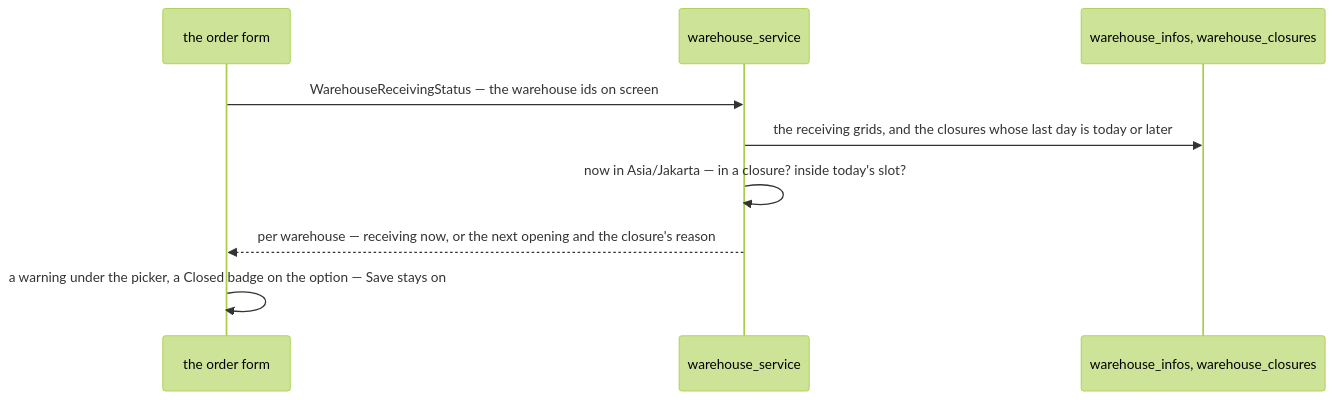
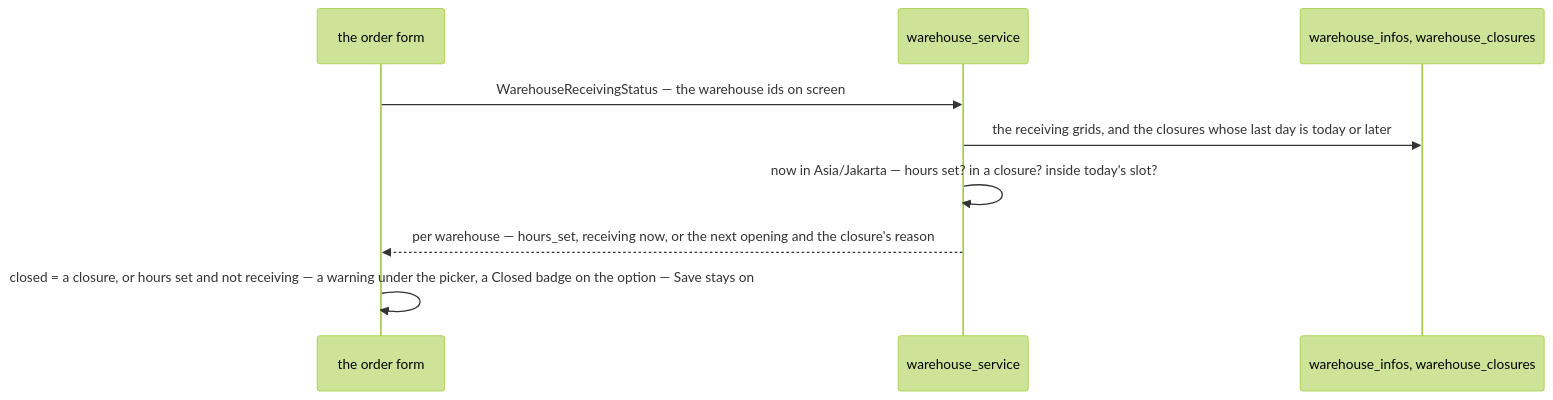
One commit to pdcgo/warehouse_revamp changed the second of 2 diagrams in docs/services/warehouse_service/rpc.md. Above: the diagram before and after it, drawn with Mermaid (forest theme). The commit also changed other lines of this file and 462 other files, not shown here.

````diff
--- a/docs/services/warehouse_service/rpc.md
+++ b/docs/services/warehouse_service/rpc.md
@@ -50,11 +53,11 @@
 ```mermaid
 sequenceDiagram
   participant UI as the order form
   participant W as warehouse_service
   participant DB as warehouse_infos, warehouse_closures
   UI->>W: WarehouseReceivingStatus — the warehouse ids on screen
   W->>DB: the receiving grids, and the closures whose last day is today or later
-  W->>W: now in Asia/Jakarta — in a closure? inside today's slot?
-  W-->>UI: per warehouse — receiving now, or the next opening and the closure's reason
-  UI->>UI: a warning under the picker, a Closed badge on the option — Save stays on
+  W->>W: now in Asia/Jakarta — hours set? in a closure? inside today's slot?
+  W-->>UI: per warehouse — hours_set, receiving now, or the next opening and the closure's reason
+  UI->>UI: closed = a closure, or hours set and not receiving — a warning under the picker, a Closed badge on the option — Save stays on
 ```
````
